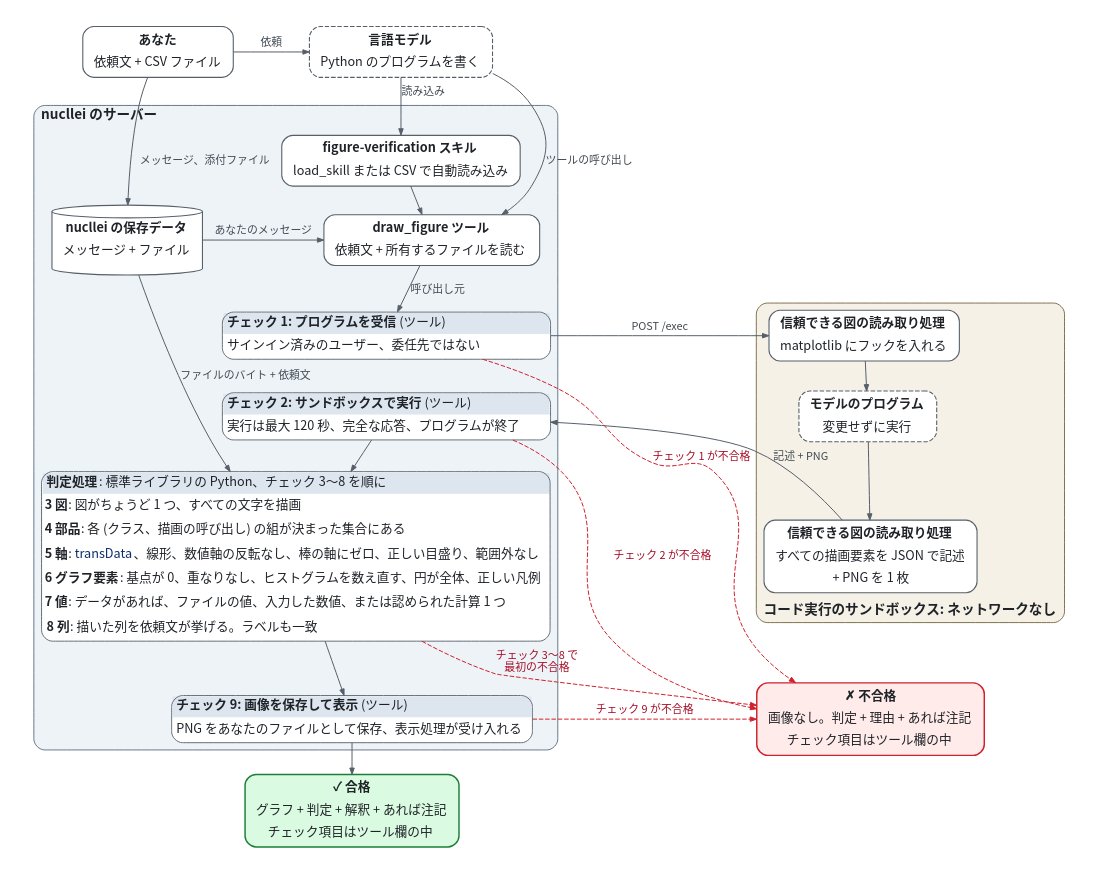
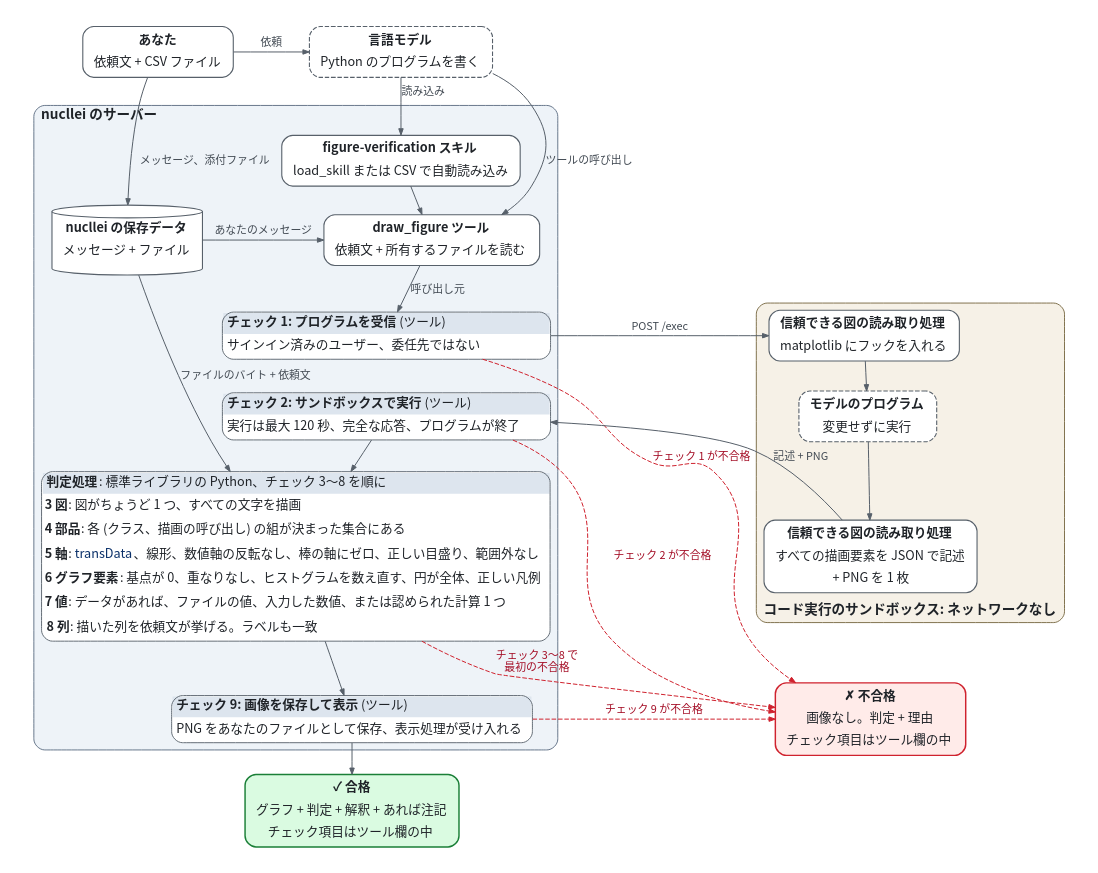
Before and after one commit to eturkes/figure-verification: the diagram in docs/diagrams/verifier-nucllei.ja.dot, drawn with Graphviz. The commit also changed 63 other files, not shown here.

```diff
--- a/docs/diagrams/verifier-nucllei.ja.dot
+++ b/docs/diagrams/verifier-nucllei.ja.dot
@@ -1,78 +1,78 @@
 // SPDX-License-Identifier: Apache-2.0 WITH LLVM-exception
 // 図の検証器が判定するしくみ: 処理の流れと、チェックごとの要約カード。tools/render_diagrams.py が
 // verifier-nucllei.ja.svg に描画します。すべての規則は docs/nucllei/checks.ja.md の表にあります。
 digraph verifier_nucllei {
   graph [fontname="Noto Sans CJK JP", fontsize=15, fontcolor="#1f2328", bgcolor="white",
          pad=0.3, nodesep=0.35, ranksep=0.28, newrank=true, compound=true];
   node [fontname="Noto Sans CJK JP", fontsize=14, fontcolor="#1f2328", shape=box,
         style="rounded,filled", fillcolor="white", color="#57606a", penwidth=1.2,
         margin="0.15,0.06"];
   edge [fontname="Noto Sans CJK JP", fontsize=12, fontcolor="#424a53", color="#57606a",
         arrowsize=0.7, penwidth=1.1];
 
   you [label=<<table border="0" cellborder="0" cellspacing="0" cellpadding="1"><tr><td height="24"><b>あなた</b></td></tr><tr><td height="24">依頼文 + CSV ファイル</td></tr></table>>];
   model [label=<<table border="0" cellborder="0" cellspacing="0" cellpadding="1"><tr><td height="24"><b>言語モデル</b></td></tr><tr><td height="24">Python のプログラムを書く</td></tr></table>>, style="rounded,dashed"];
 
   subgraph cluster_server {
     label=<<b>nucllei のサーバー</b>>; labeljust=l; style="rounded,filled";
     fillcolor="#eef3f8"; color="#5a6b80";
     storage [label=<<table border="0" cellborder="0" cellspacing="0" cellpadding="1"><tr><td height="24"><b>nucllei の保存データ</b></td></tr><tr><td height="24">メッセージ + ファイル</td></tr></table>>, shape=cylinder, style=filled];
     skill [label=<<table border="0" cellborder="0" cellspacing="0" cellpadding="1"><tr><td height="24"><b>figure-verification スキル</b></td></tr><tr><td height="24">load_skill または CSV で自動読み込み</td></tr></table>>];
     tool [label=<<table border="0" cellborder="0" cellspacing="0" cellpadding="1"><tr><td height="24"><b>draw_figure ツール</b></td></tr><tr><td height="24">依頼文 + 所有するファイルを読む</td></tr></table>>];
     c1 [shape=plain, label=<<table border="1" cellborder="0" cellspacing="0" cellpadding="2" style="rounded" color="#57606a" bgcolor="white">
         <tr><td align="left" bgcolor="#dde5ee" cellpadding="4"><b>チェック 1: プログラムを受信</b> (ツール)</td></tr>
         <tr><td align="left" width="360" height="27" cellpadding="4">サインイン済みのユーザー、委任先ではない</td></tr></table>>];
     c2 [shape=plain, label=<<table border="1" cellborder="0" cellspacing="0" cellpadding="2" style="rounded" color="#57606a" bgcolor="white">
         <tr><td align="left" bgcolor="#dde5ee" cellpadding="4"><b>チェック 2: サンドボックスで実行</b> (ツール)</td></tr>
         <tr><td align="left" width="360" height="27" cellpadding="4">実行は最大 120 秒、完全な応答、プログラムが終了</td></tr></table>>];
 
     judge [shape=plain, label=<<table border="1" cellborder="0" cellspacing="0" cellpadding="2" style="rounded" color="#57606a" bgcolor="white">
         <tr><td align="left" bgcolor="#dde5ee" cellpadding="4"><b>判定処理</b>: 標準ライブラリの Python、チェック 3〜8 を順に</td></tr>
         <tr><td align="left" height="27"><b>3 図</b>: 図がちょうど 1 つ、すべての文字を描画</td></tr>
         <tr><td align="left" height="27"><b>4 部品</b>: 各 (クラス、描画の呼び出し) の組が決まった集合にある</td></tr>
         <tr><td align="left" height="27"><b>5 軸</b>: <font color="#0a3069">transData</font>、線形、数値軸の反転なし、棒の軸にゼロ、正しい目盛り、範囲外なし</td></tr>
         <tr><td align="left" height="27"><b>6 グラフ要素</b>: 基点が 0、重なりなし、ヒストグラムを数え直す、円が全体、正しい凡例</td></tr>
         <tr><td align="left" height="27"><b>7 値</b>: データがあれば、ファイルの値、入力した数値、または認められた計算 1 つ</td></tr>
         <tr><td align="left" height="27" cellpadding="4"><b>8 列</b>: 描いた列を依頼文が挙げる。ラベルも一致</td></tr></table>>];
 
     c9 [shape=plain, label=<<table border="1" cellborder="0" cellspacing="0" cellpadding="2" style="rounded" color="#57606a" bgcolor="white">
         <tr><td align="left" bgcolor="#dde5ee" cellpadding="4"><b>チェック 9: 画像を保存して表示</b> (ツール)</td></tr>
         <tr><td align="left" width="360" height="27" cellpadding="4">PNG をあなたのファイルとして保存、表示処理が受け入れる</td></tr></table>>];
   }
 
   subgraph cluster_sandbox {
     label=<<b>コード実行のサンドボックス: ネットワークなし</b>>; labeljust=l; labelloc=b; style="rounded,filled";
     fillcolor="#f6f1e7"; color="#76663f";
     hook [label=<<table border="0" cellborder="0" cellspacing="0" cellpadding="1"><tr><td height="24"><b>信頼できる図の読み取り処理</b></td></tr><tr><td height="24">matplotlib にフックを入れる</td></tr></table>>];
     program [label=<<table border="0" cellborder="0" cellspacing="0" cellpadding="1"><tr><td height="24"><b>モデルのプログラム</b></td></tr><tr><td height="24">変更せずに実行</td></tr></table>>, style="rounded,dashed,filled"];
     describe [label=<<table border="0" cellborder="0" cellspacing="0" cellpadding="1"><tr><td height="24"><b>信頼できる図の読み取り処理</b></td></tr><tr><td height="24">すべての描画要素を JSON で記述</td></tr><tr><td height="24">+ PNG を 1 枚</td></tr></table>>];
   }
 
   pass [label=<<table border="0" cellborder="0" cellspacing="0" cellpadding="1"><tr><td height="24"><b>✓ 合格</b></td></tr><tr><td height="24">グラフ + 判定 + 解釈 + あれば注記</td></tr><tr><td height="24">チェック項目はツール欄の中</td></tr></table>>, color="#1a7f37", fillcolor="#dafbe1", penwidth=1.6];
-  fail [label=<<table border="0" cellborder="0" cellspacing="0" cellpadding="1"><tr><td height="24"><b>✗ 不合格</b></td></tr><tr><td height="24">画像なし。判定 + 理由 + あれば注記</td></tr><tr><td height="24">チェック項目はツール欄の中</td></tr></table>>, color="#cf222e", fillcolor="#ffebe9", penwidth=1.6];
+  fail [label=<<table border="0" cellborder="0" cellspacing="0" cellpadding="1"><tr><td height="24"><b>✗ 不合格</b></td></tr><tr><td height="24">画像なし。判定 + 理由</td></tr><tr><td height="24">チェック項目はツール欄の中</td></tr></table>>, color="#cf222e", fillcolor="#ffebe9", penwidth=1.6];
 
   { rank=same; you; model; }
   { rank=same; storage; tool; }
   { rank=same; c1; hook; }
   { rank=same; c9; fail; }
 
   you -> model [label="依頼"];
   you -> storage [label="メッセージ、添付ファイル"];
   model -> skill [label="読み込み"];
   skill -> tool;
   model -> tool [label="ツールの呼び出し"];
   storage -> tool [label="あなたのメッセージ"];
   tool -> c1 [label="呼び出し元"];
   c1 -> hook [label="POST /exec"];
   hook -> program -> describe;
   describe -> c2 [label="記述 + PNG", constraint=false];
   c1 -> c2 [style=invis];
   describe -> fail [style=invis, weight=8];
   c2 -> judge -> c9 -> pass;
   storage -> judge [label="ファイルのバイト + 依頼文"];
   edge [color="#cf222e", fontcolor="#a40e26", style=dashed];
   c1 -> fail [label="チェック 1 が不合格"];
   c2 -> fail [label="チェック 2 が不合格"];
   judge -> fail [label="チェック 3〜8 で\n最初の不合格"];
   c9 -> fail [label="チェック 9 が不合格"];
 }
```
